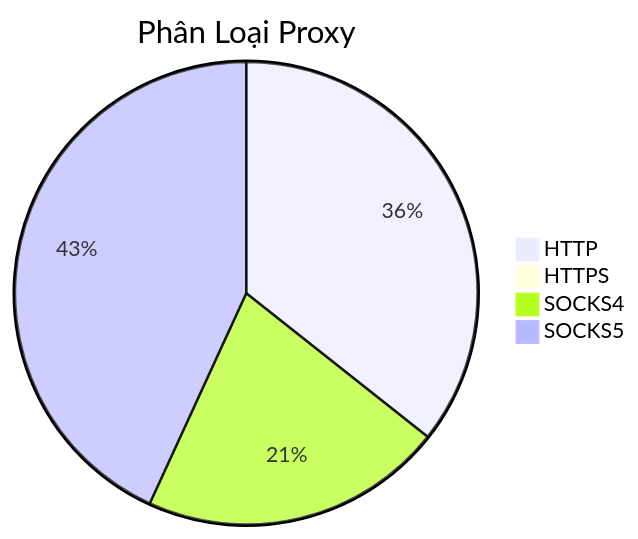
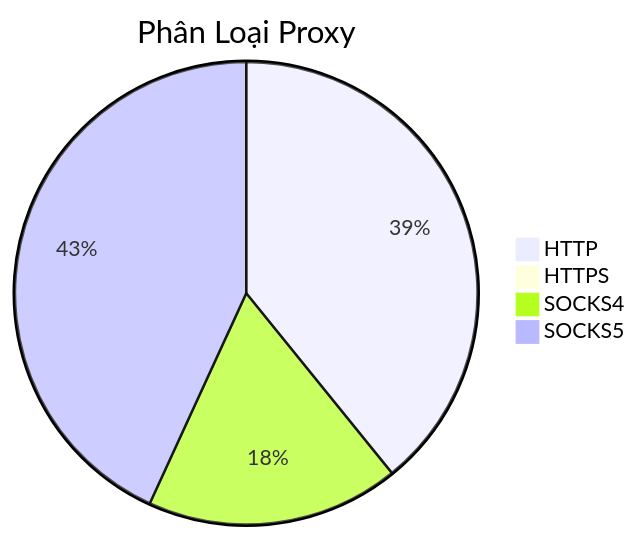
Before and after one commit to Ciara-12/PROXY-free: the diagram in README.md, drawn with Mermaid. The commit also changed other lines of this file and 4 other files, not shown here.

````diff
--- a/README.md
+++ b/README.md
@@ -26,7 +26,7 @@
 ```mermaid
 pie title Phân Loại Proxy
-    "HTTP" : 661
-    "HTTPS" : 0
-    "SOCKS4" : 393
-    "SOCKS5" : 800
+    "HTTP" : 972
+    "HTTPS" : 1
+    "SOCKS4" : 439
+    "SOCKS5" : 1071
 ```
````
